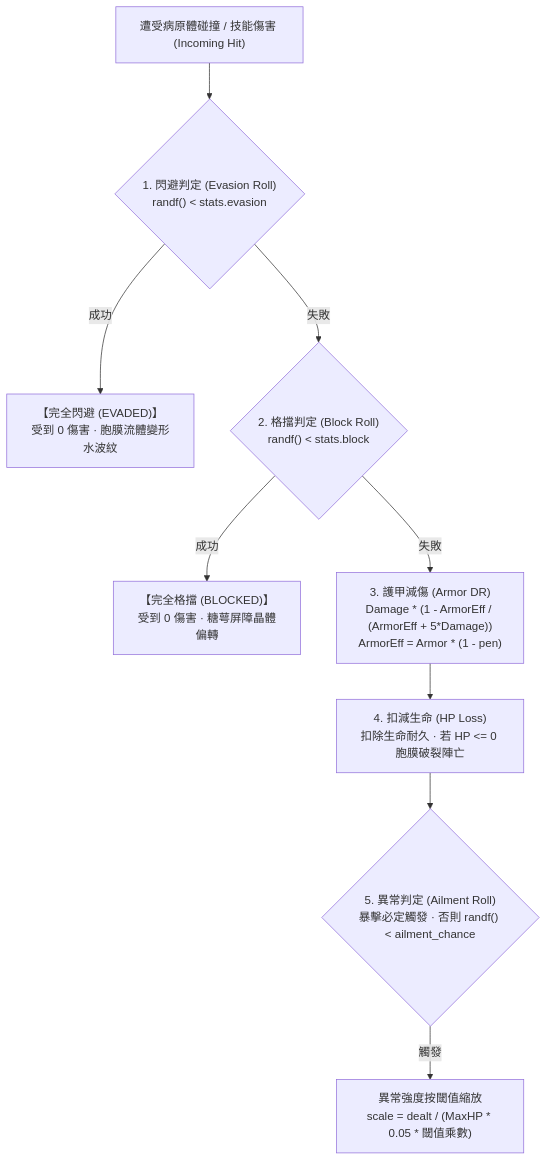
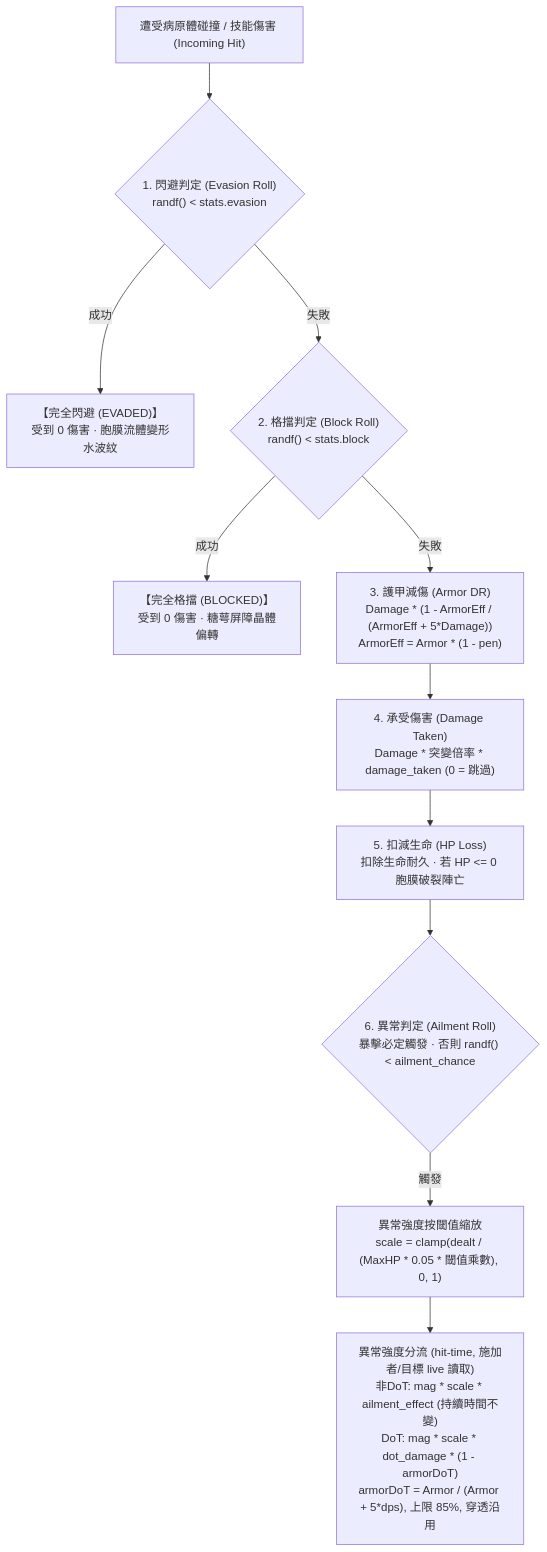
Before and after one commit to skyrocket-qy/Phagocyte: the second of 2 diagrams in docs/stat.md, drawn with Mermaid. The commit also changed other lines of this file and 2 other files, not shown here.

````diff
--- a/docs/stat.md
+++ b/docs/stat.md
@@ -165,11 +165,13 @@
 ```mermaid
 flowchart TD
     Hit["遭受病原體碰撞 / 技能傷害 (Incoming Hit)"] --> EvCheck{"1. 閃避判定 (Evasion Roll)<br>randf() < stats.evasion"}
     EvCheck -- 成功 --> Evaded["【完全閃避 (EVADED)】<br>受到 0 傷害 · 胞膜流體變形水波紋"]
     EvCheck -- 失敗 --> BlkCheck{"2. 格擋判定 (Block Roll)<br>randf() < stats.block"}
     BlkCheck -- 成功 --> Blocked["【完全格擋 (BLOCKED)】<br>受到 0 傷害 · 糖萼屏障晶體偏轉"]
     BlkCheck -- 失敗 --> ArmorDR["3. 護甲減傷 (Armor DR)<br>Damage * (1 - ArmorEff / (ArmorEff + 5*Damage))<br>ArmorEff = Armor * (1 - pen)"]
-    ArmorDR --> HPLoss["4. 扣減生命 (HP Loss)<br>扣除生命耐久 · 若 HP <= 0 胞膜破裂陣亡"]
-    HPLoss --> AilRoll{"5. 異常判定 (Ailment Roll)<br>暴擊必定觸發 · 否則 randf() < ailment_chance"}
-    AilRoll -- 觸發 --> AilScale["異常強度按閾值縮放<br>scale = dealt / (MaxHP * 0.05 * 閾值乘數)"]
+    ArmorDR --> TakenMult["4. 承受傷害 (Damage Taken)<br>Damage * 突變倍率 * damage_taken (0 = 跳過)"]
+    TakenMult --> HPLoss["5. 扣減生命 (HP Loss)<br>扣除生命耐久 · 若 HP <= 0 胞膜破裂陣亡"]
+    HPLoss --> AilRoll{"6. 異常判定 (Ailment Roll)<br>暴擊必定觸發 · 否則 randf() < ailment_chance"}
+    AilRoll -- 觸發 --> AilScale["異常強度按閾值縮放<br>scale = clamp(dealt / (MaxHP * 0.05 * 閾值乘數), 0, 1)"]
+    AilScale --> AilMag["異常強度分流 (hit-time, 施加者/目標 live 讀取)<br>非DoT: mag * scale * ailment_effect (持續時間不變)<br>DoT: mag * scale * dot_damage * (1 - armorDoT)<br>armorDoT = Armor / (Armor + 5*dps), 上限 85%, 穿透沿用"]
 ```
````
